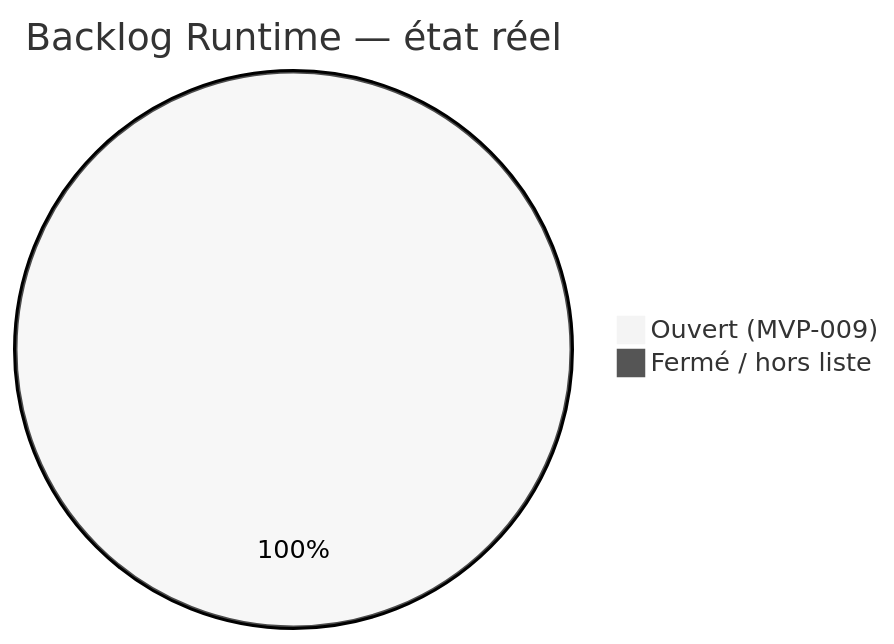
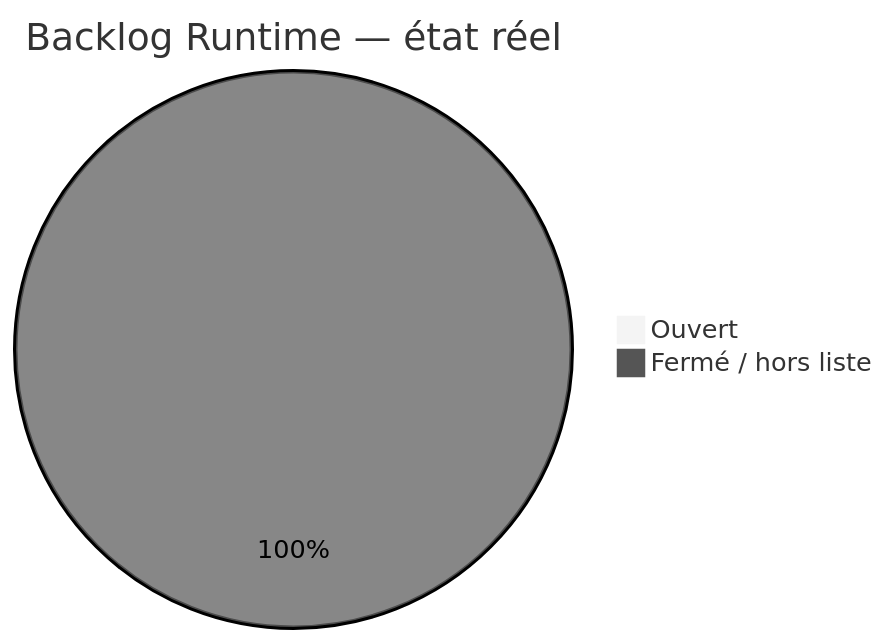
One commit to JavaChrist/Tai-Chi-AI-Coach changed the first of 2 diagrams in docs/runtime/11_BACKLOG.md. Above: the diagram before and after it, drawn with Mermaid (neutral theme). The commit also changed other lines of this file and 22 other files, not shown here.

````diff
--- a/docs/runtime/11_BACKLOG.md
+++ b/docs/runtime/11_BACKLOG.md
@@ -61,5 +61,5 @@
 ```mermaid
 pie title Backlog Runtime — état réel
-  "Ouvert (MVP-009)" : 1
-  "Fermé / hors liste" : 0
+  "Ouvert" : 0
+  "Fermé / hors liste" : 1
 ```
````
